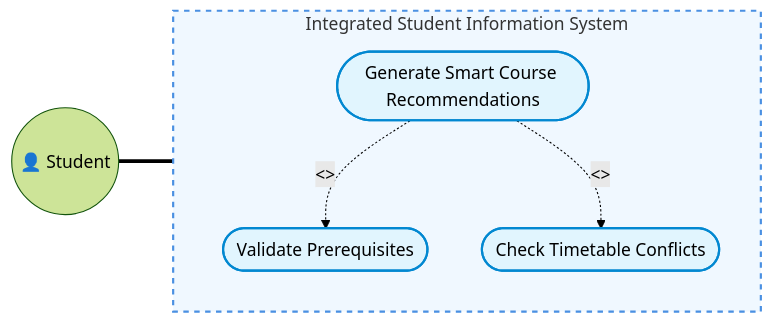
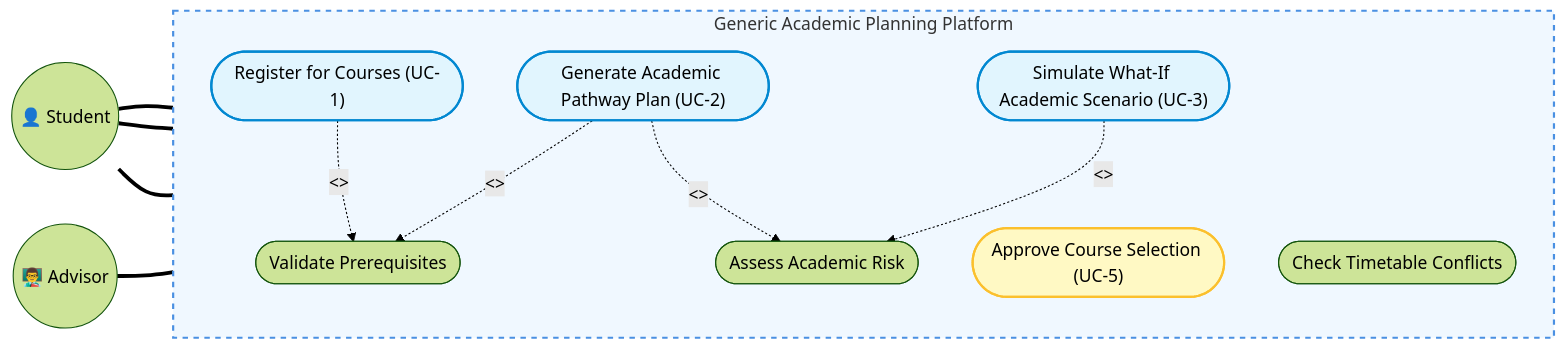
Before and after one commit to omareraky10/Integrated-University-Student-Information-System: the first of 2 diagrams in PresentationPlan.md, drawn with Mermaid (forest theme). The commit also changed other lines of this file and 6 other files, not shown here.

````diff
--- a/PresentationPlan.md
+++ b/PresentationPlan.md
@@ -34,20 +34,33 @@
 ```mermaid
 flowchart LR
     Student(("👤 Student"))
+    Advisor(("👨‍🏫 Advisor"))
 
-    subgraph System [Integrated Student Information System]
+    subgraph System [Generic Academic Planning Platform]
         direction TB
-        UC2(["Generate Smart Course Recommendations"])
+        UC1(["Register for Courses (UC-1)"])
+        UC2(["Generate Academic Pathway Plan (UC-2)"])
+        UC3(["Simulate What-If Academic Scenario (UC-3)"])
+        UC5(["Approve Course Selection (UC-5)"])
+        
         UCP(["Validate Prerequisites"])
         UCC(["Check Timetable Conflicts"])
+        UCR(["Assess Academic Risk"])
     end
 
+    Student === UC1
     Student === UC2
+    Student === UC3
+    Advisor === UC5
+
+    UC1 -. "<<include>>" .-> UCP
     UC2 -. "<<include>>" .-> UCP
-    UC2 -. "<<include>>" .-> UCC
+    UC2 -. "<<include>>" .-> UCR
+    UC3 -. "<<include>>" .-> UCR
 
     style System fill:#f0f8ff,stroke:#4a90e2,stroke-width:2px,stroke-dasharray: 5 5
+    style UC1 fill:#e1f5fe,stroke:#0288d1,stroke-width:2px
     style UC2 fill:#e1f5fe,stroke:#0288d1,stroke-width:2px
-    style UCP fill:#e1f5fe,stroke:#0288d1,stroke-width:2px
-    style UCC fill:#e1f5fe,stroke:#0288d1,stroke-width:2px
+    style UC3 fill:#e1f5fe,stroke:#0288d1,stroke-width:2px
+    style UC5 fill:#fff9c4,stroke:#fbc02d,stroke-width:2px
 ```
````
